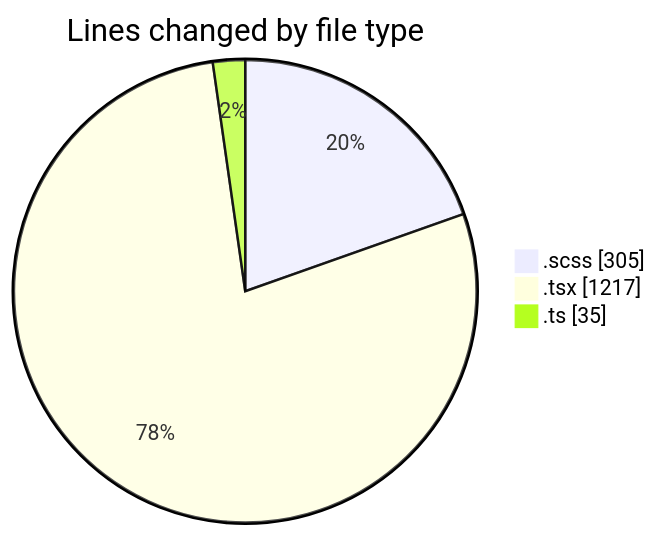
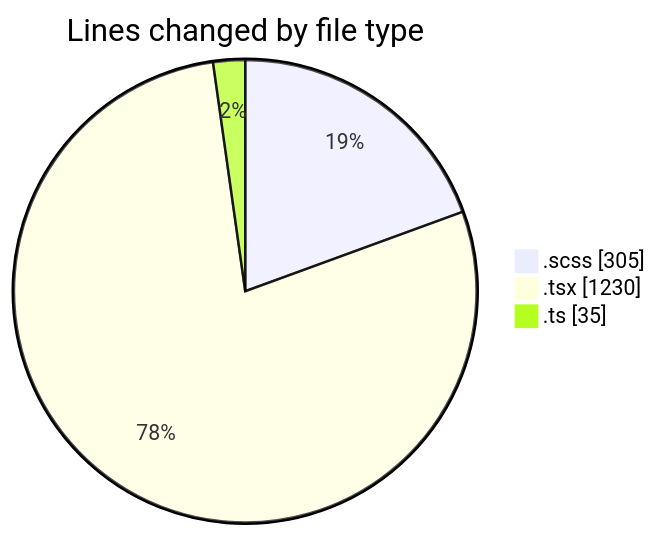
Before and after one commit to momahboobian/code-tracking: the first of 2 diagrams in 2025-03-04/cda/README.md, drawn with Mermaid. The commit also changed other lines of this file and 1 other file, not shown here.

````diff
--- a/2025-03-04/cda/README.md
+++ b/2025-03-04/cda/README.md
@@ -28,7 +28,7 @@
 ```mermaid
 pie showData
 title Lines changed by file type
 ".scss" : 305
-".tsx" : 1217
+".tsx" : 1230
 ".ts" : 35
 ```
````
